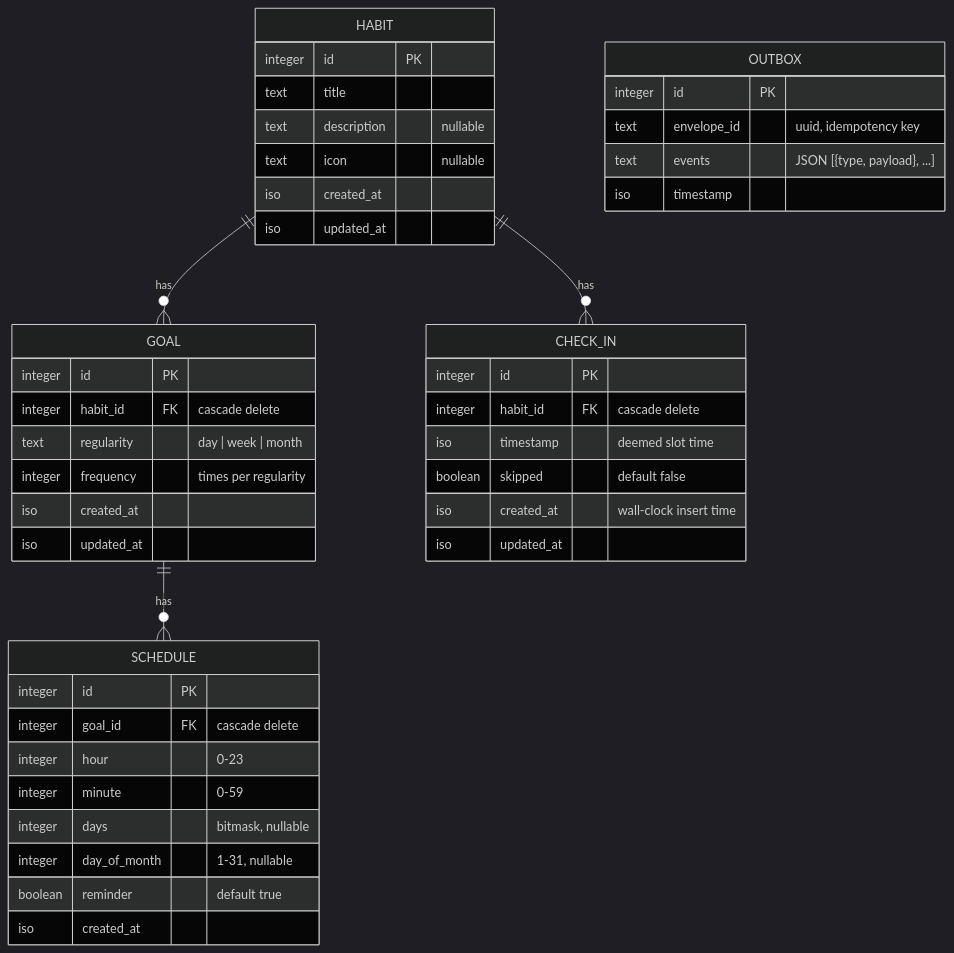
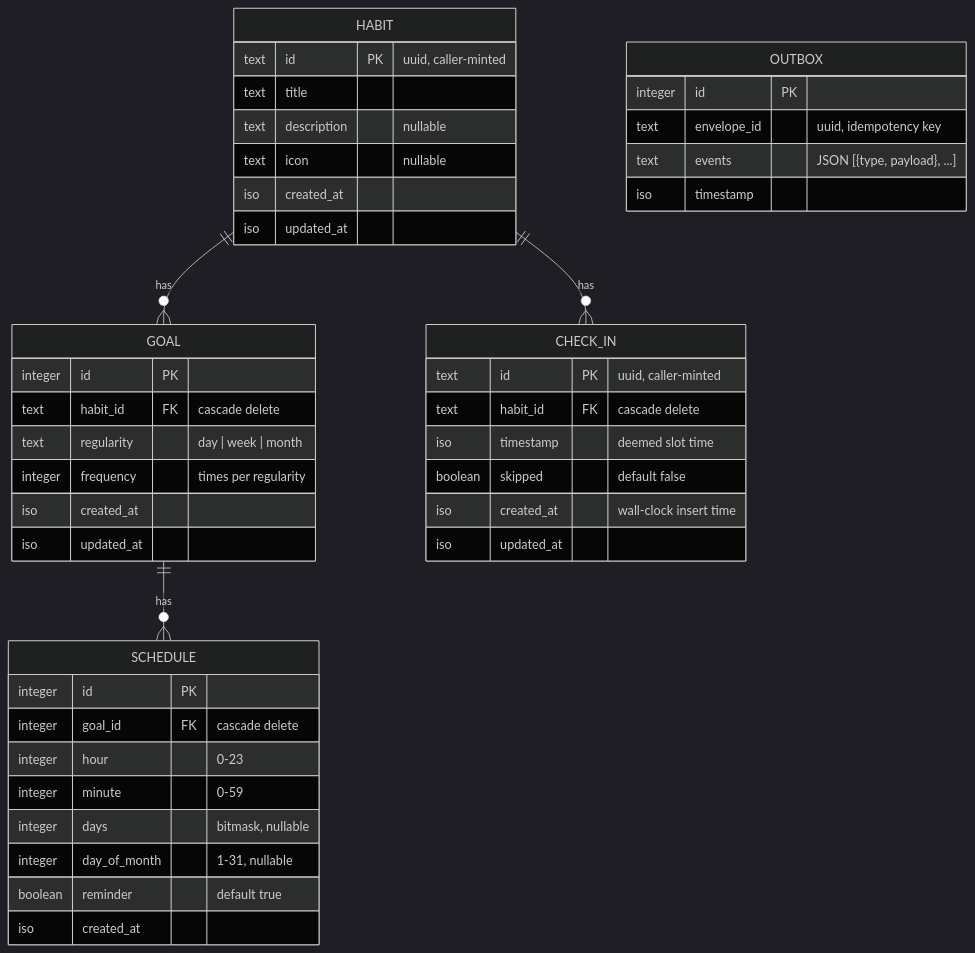
Before and after one commit to auctionready/nag: the diagram in docs/Model.md, drawn with Mermaid (dark theme). The commit also changed 137 other files, not shown here.

````diff
--- a/docs/Model.md
+++ b/docs/Model.md
@@ -13,51 +13,51 @@
 ```mermaid
 erDiagram
     HABIT ||--o{ GOAL       : "has"
     HABIT ||--o{ CHECK_IN   : "has"
     GOAL  ||--o{ SCHEDULE   : "has"
 
     HABIT {
-        integer id PK
+        text    id PK        "uuid, caller-minted"
         text    title
         text    description "nullable"
         text    icon        "nullable"
         iso     created_at
         iso     updated_at
     }
 
     GOAL {
         integer id PK
-        integer habit_id   FK "cascade delete"
+        text    habit_id   FK "cascade delete"
         text    regularity "day | week | month"
         integer frequency  "times per regularity"
         iso     created_at
         iso     updated_at
     }
 
     CHECK_IN {
-        integer id PK
-        integer habit_id  FK "cascade delete"
+        text    id PK        "uuid, caller-minted"
+        text    habit_id  FK "cascade delete"
         iso     timestamp  "deemed slot time"
         boolean skipped    "default false"
         iso     created_at "wall-clock insert time"
         iso     updated_at
     }
 
     SCHEDULE {
         integer id PK
         integer goal_id      FK "cascade delete"
         integer hour         "0-23"
         integer minute       "0-59"
         integer days         "bitmask, nullable"
         integer day_of_month "1-31, nullable"
         boolean reminder     "default true"
         iso     created_at
     }
 
     OUTBOX {
         integer id PK
         text    envelope_id "uuid, idempotency key"
         text    events      "JSON [{type, payload}, ...]"
         iso     timestamp
     }
 ```
````
